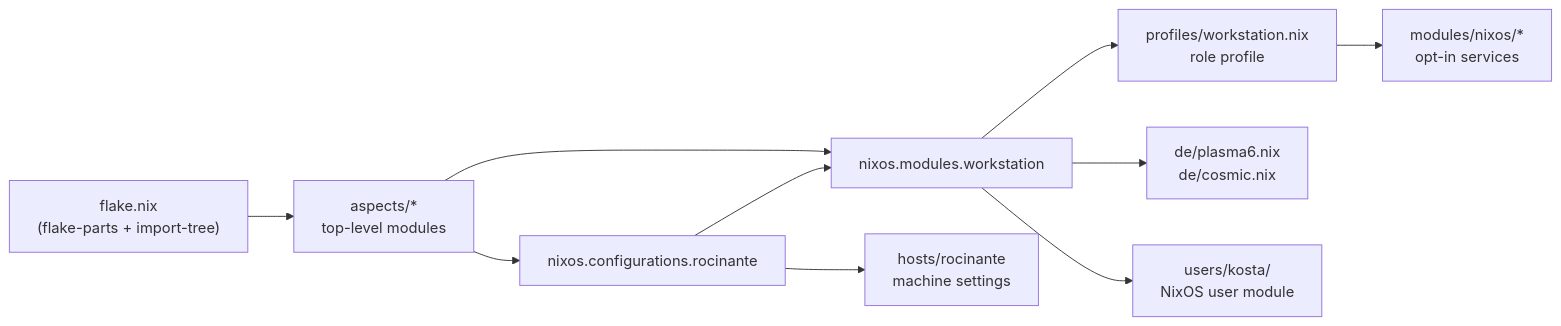
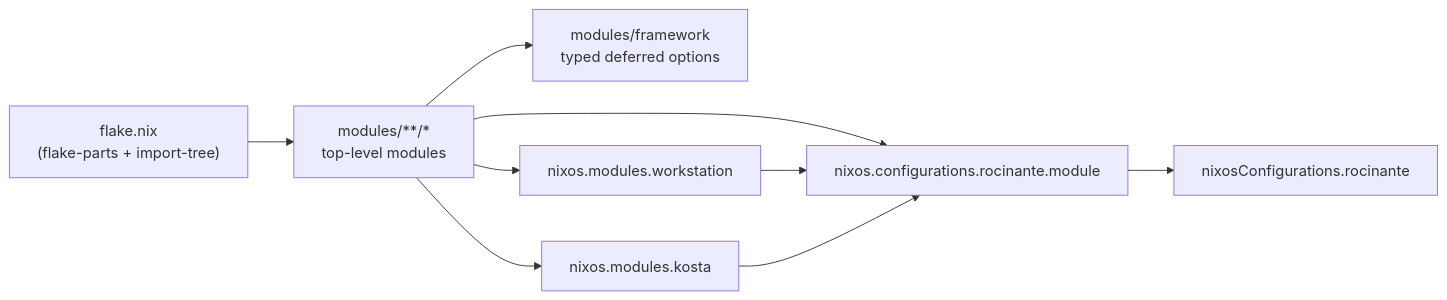
One commit to KostaGorod/nix-config changed the diagram in docs/ARCHITECTURE.md. Above: the diagram before and after it, drawn with Mermaid. The commit also changed other lines of this file and 88 other files, not shown here.

Commit message:
refactor(nix): complete dendritic module migration

````diff
--- a/docs/ARCHITECTURE.md
+++ b/docs/ARCHITECTURE.md
@@ -10,22 +10,19 @@
 ```mermaid
 flowchart LR
   flake["flake.nix<br/>(flake-parts + import-tree)"]
-  aspects["aspects/*<br/>top-level modules"]
-  host["nixos.configurations.rocinante"]
+  tree["modules/**/*<br/>top-level modules"]
+  framework["modules/framework<br/>typed deferred options"]
   workstation["nixos.modules.workstation"]
-  machine["hosts/rocinante<br/>machine settings"]
-  prof["profiles/workstation.nix<br/>role profile"]
-  de["de/plasma6.nix<br/>de/cosmic.nix"]
-  mods["modules/nixos/*<br/>opt-in services"]
-  user["users/kosta/<br/>NixOS user module"]
+  user["nixos.modules.kosta"]
+  host["nixos.configurations.rocinante.module"]
+  nixos["nixosConfigurations.rocinante"]
 
-  flake --> aspects
-  aspects --> host
-  aspects --> workstation
-  host --> workstation
-  host --> machine
-  workstation --> prof
-  workstation --> de
-  workstation --> user
-  prof --> mods
+  flake --> tree
+  tree --> framework
+  tree --> workstation
+  tree --> user
+  tree --> host
+  workstation --> host
+  user --> host
+  host --> nixos
 ```
````
